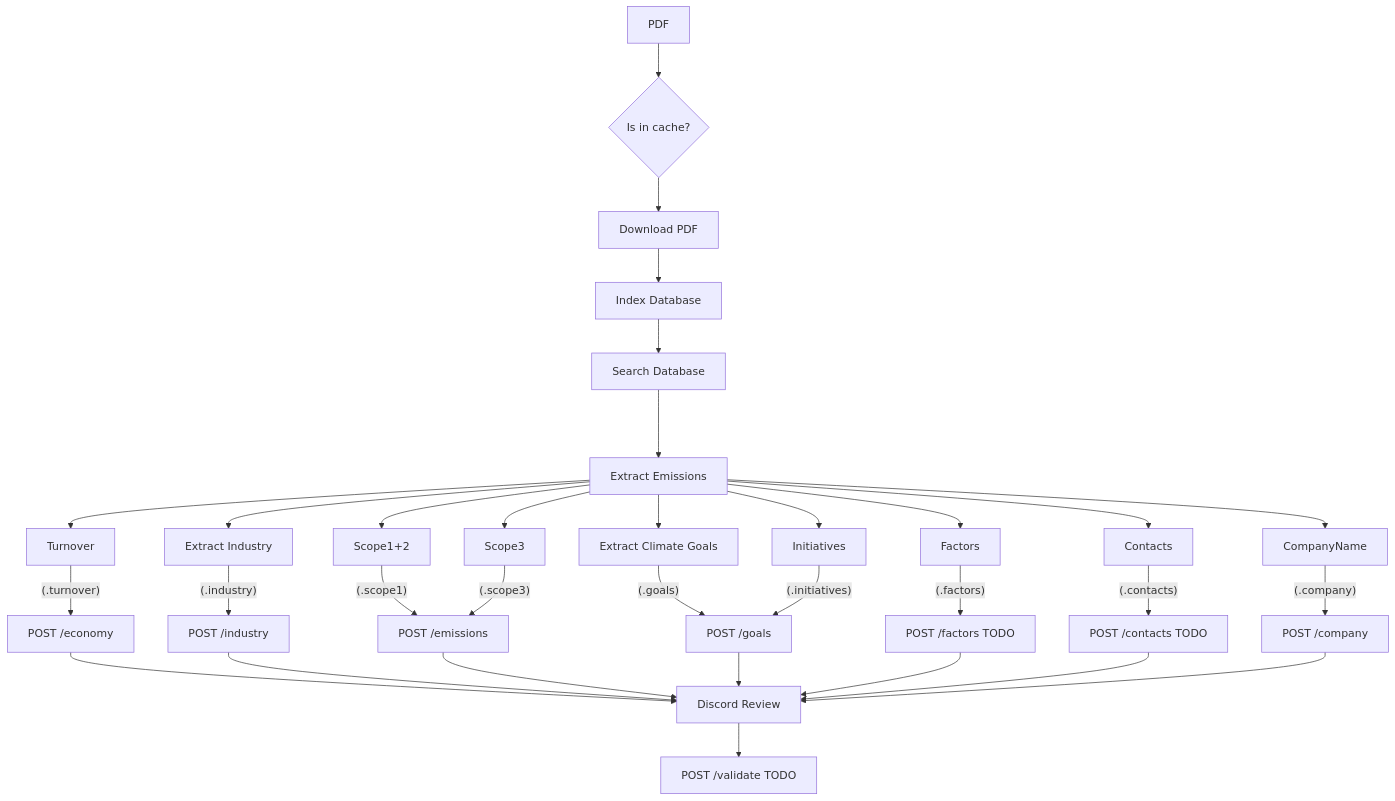
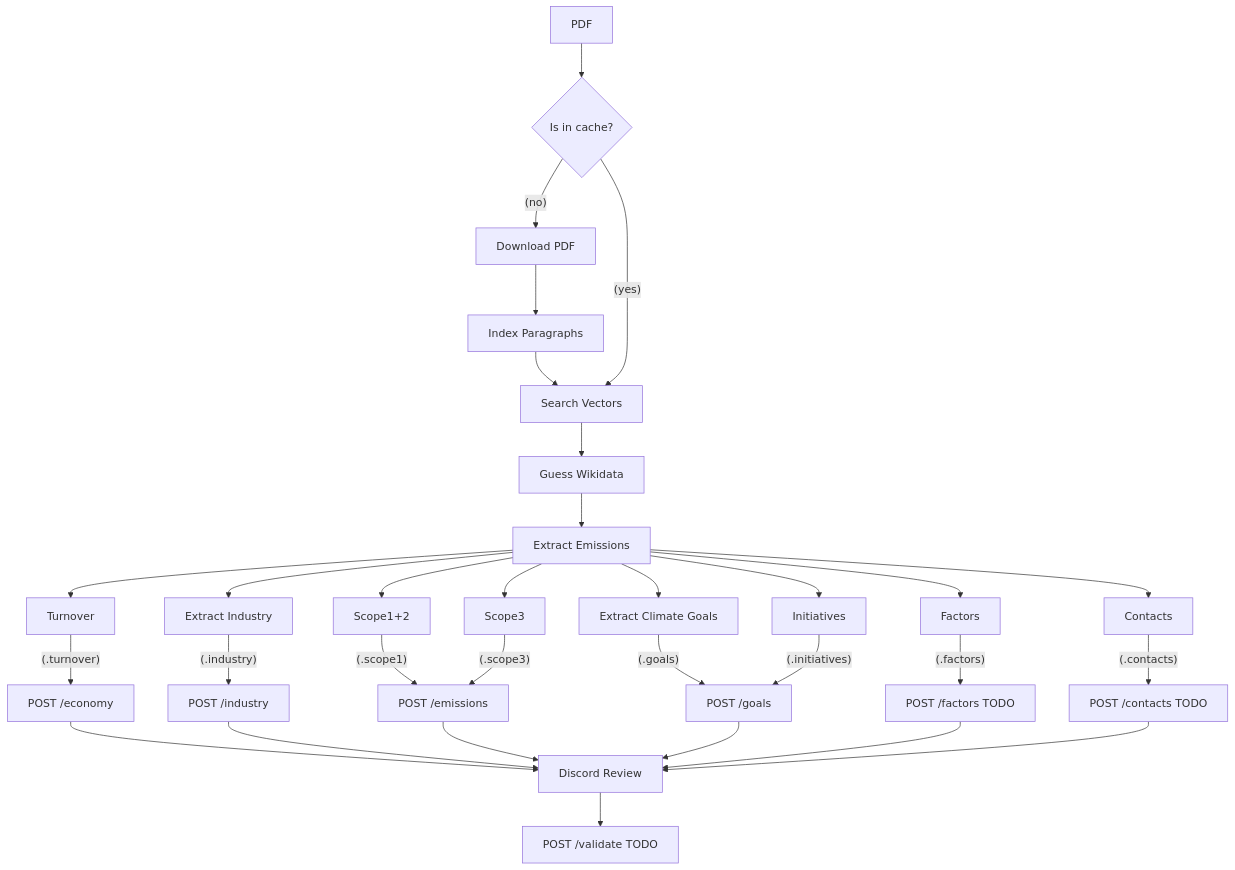
The diagram in README.md (Klimatbyran/garbo), drawn with Mermaid before and after one commit. The commit also changed 13 other files, not shown here.

````diff
--- a/README.md
+++ b/README.md
@@ -19,46 +19,45 @@
 ```mermaid
 flowchart TB
 
-    A[PDF]
-    B{Is in cache?}
-    C[Download PDF]
-    D[Index Database]
-    E[Search Database]
-    F[Extract Emissions]
+    PDF[PDF]
+    Cache{Is in cache?}
+    Download[Download PDF]
+    Index[Index Paragraphs]
+    Search[Search Vectors]
+    Emissions[Extract Emissions]
+    Wikidata[Guess Wikidata]
 
     API.Economy[POST /economy]
     API.Industry[POST /industry]
     API.Emissions[POST /emissions]
     API.Goals[POST /goals]
-    API.Company[POST /company]
     API.Factors[POST /factors TODO]
     API.Contacts[POST /contacts TODO]
     API.Review[POST /validate TODO]
 
     Industry[Extract Industry]
     Goals[Extract Climate Goals]
     Review[Discord Review]
 
 
-    A --> B --> C --> D --> E ---> F
+    PDF --> Cache --(no)--> Download --> Index --> Search --> Wikidata --> Emissions
+    Cache --(yes)--> Search
 
-    F --> CompanyName --(.company)--> API.Company
-    F --> Industry --(.industry)--> API.Industry
-    F --> Scope1+2 --(.scope1)--> API.Emissions
-    F --> Scope3 --(.scope3)--> API.Emissions
-    F --> Goals --(.goals)--> API.Goals
-    F --> Initiatives --(.initiatives)--> API.Goals
-    F --> Contacts --(.contacts)--> API.Contacts
-    F --> Turnover --(.turnover)--> API.Economy
-    F --> Factors --(.factors)--> API.Factors
+    Emissions --> Industry --(.industry)--> API.Industry
+    Emissions --> Scope1+2 --(.scope1)--> API.Emissions
+    Emissions --> Scope3 --(.scope3)--> API.Emissions
+    Emissions --> Goals --(.goals)--> API.Goals
+    Emissions --> Initiatives --(.initiatives)--> API.Goals
+    Emissions --> Contacts --(.contacts)--> API.Contacts
+    Emissions --> Turnover --(.turnover)--> API.Economy
+    Emissions --> Factors --(.factors)--> API.Factors
 
     API.Economy --> Review
     API.Industry --> Review
     API.Emissions --> Review
     API.Goals --> Review
     API.Factors --> Review
     API.Contacts --> Review
-    API.Company --> Review
 
     Review --> API.Review
 ```
````
